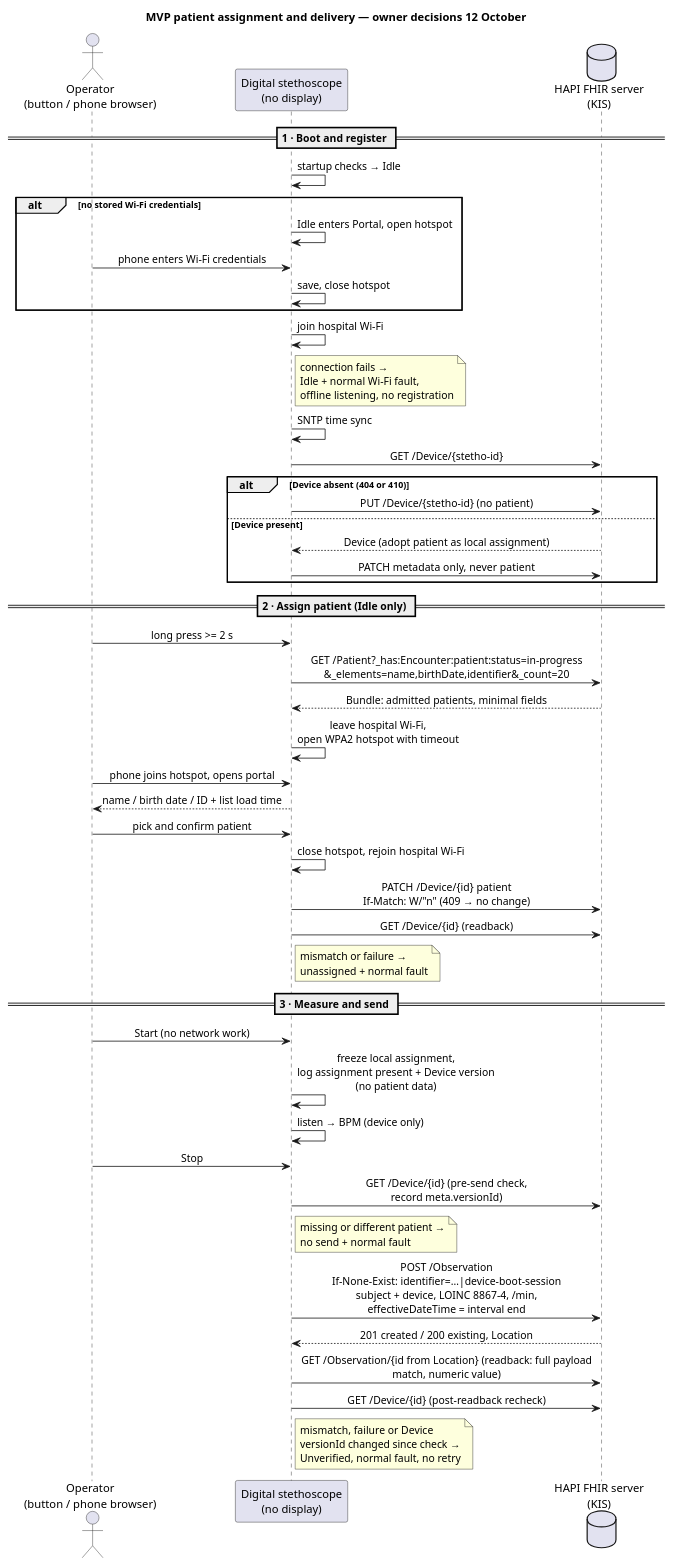
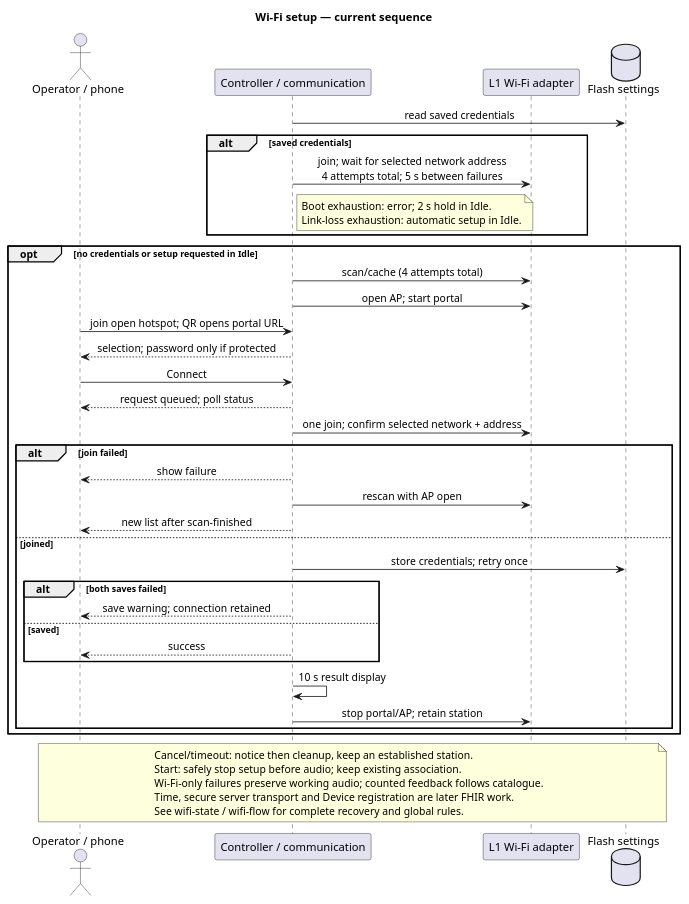
Before and after one commit to DemonicPsychoII/DigitalStethoscope: the diagram in Development/system/architecture/patient-assignment-workflow.puml, drawn with PlantUML. The commit also changed 90 other files, not shown here.

```diff
--- a/Development/system/architecture/patient-assignment-workflow.puml
+++ b/Development/system/architecture/patient-assignment-workflow.puml
@@ -1,53 +1,45 @@
 @startuml patient_assignment_workflow
 skinparam shadowing false
 skinparam defaultFontName SansSerif
 skinparam sequenceMessageAlign center
-title MVP patient assignment and delivery — owner decisions 12 October
-actor "Operator\n(button / phone browser)" as op
-participant "Digital stethoscope\n(no display)" as dev
-database "HAPI FHIR server\n(KIS)" as fhir
-
-== 1 · Boot and register ==
-dev -> dev : startup checks → Idle
-alt no stored Wi-Fi credentials
-  dev -> dev : Idle enters Portal, open hotspot
-  op -> dev : phone enters Wi-Fi credentials
-  dev -> dev : save, close hotspot
+title Wi-Fi setup — current sequence
+actor "Operator / phone" as op
+participant "Controller / communication" as dev
+participant "L1 Wi-Fi adapter" as wifi
+database "Flash settings" as flash
+dev -> flash : read saved credentials
+alt saved credentials
+ dev -> wifi : join; wait for selected network address\n4 attempts total; 5 s between failures
+ note right of dev : Boot exhaustion: error; 2 s hold in Idle.\nLink-loss exhaustion: automatic setup in Idle.
 end
-dev -> dev : join hospital Wi-Fi
-note right of dev : connection fails →\nIdle + normal Wi-Fi fault,\noffline listening, no registration
-dev -> dev : SNTP time sync
-dev -> fhir : GET /Device/{stetho-id}
-alt Device absent (404 or 410)
-  dev -> fhir : PUT /Device/{stetho-id} (no patient)
-else Device present
-  fhir --> dev : Device (adopt patient as local assignment)
-  dev -> fhir : PATCH metadata only, never patient
+opt no credentials or setup requested in Idle
+ dev -> wifi : scan/cache (4 attempts total)
+ dev -> wifi : open AP; start portal
+ op -> dev : join open hotspot; QR opens portal URL
+ dev --> op : selection; password only if protected
+ op -> dev : Connect
+ dev --> op : request queued; poll status
+ dev -> wifi : one join; confirm selected network + address
+ alt join failed
+  dev --> op : show failure
+  dev -> wifi : rescan with AP open
+  dev --> op : new list after scan-finished
+ else joined
+  dev -> flash : store credentials; retry once
+  alt both saves failed
+   dev --> op : save warning; connection retained
+  else saved
+   dev --> op : success
+  end
+  dev -> dev : 10 s result display
+  dev -> wifi : stop portal/AP; retain station
+ end
 end
-
-== 2 · Assign patient (Idle only) ==
-op -> dev : long press >= 2 s
-dev -> fhir : GET /Patient?_has:Encounter:patient:status=in-progress\n&_elements=name,birthDate,identifier&_count=20
-fhir --> dev : Bundle: admitted patients, minimal fields
-dev -> dev : leave hospital Wi-Fi,\nopen WPA2 hotspot with timeout
-op -> dev : phone joins hotspot, opens portal
-dev --> op : name / birth date / ID + list load time
-op -> dev : pick and confirm patient
-dev -> dev : close hotspot, rejoin hospital Wi-Fi
-dev -> fhir : PATCH /Device/{id} patient\nIf-Match: W/"n" (409 → no change)
-dev -> fhir : GET /Device/{id} (readback)
-note right of dev : mismatch or failure →\nunassigned + normal fault
-
-== 3 · Measure and send ==
-op -> dev : Start (no network work)
-dev -> dev : freeze local assignment,\nlog assignment present + Device version\n(no patient data)
-dev -> dev : listen → BPM (device only)
-op -> dev : Stop
-dev -> fhir : GET /Device/{id} (pre-send check,\nrecord meta.versionId)
-note right of dev : missing or different patient →\nno send + normal fault
-dev -> fhir : POST /Observation\nIf-None-Exist: identifier=…|device-boot-session\nsubject + device, LOINC 8867-4, /min,\neffectiveDateTime = interval end
-fhir --> dev : 201 created / 200 existing, Location
-dev -> fhir : GET /Observation/{id from Location} (readback: full payload\nmatch, numeric value)
-dev -> fhir : GET /Device/{id} (post-readback recheck)
-note right of dev : mismatch, failure or Device\nversionId changed since check →\nUnverified, normal fault, no retry
+note over op, flash
+ Cancel/timeout: notice then cleanup, keep an established station.
+ Start: safely stop setup before audio; keep existing association.
+ Wi-Fi-only failures preserve working audio; counted feedback follows catalogue.
+ Time, secure server transport and Device registration are later FHIR work.
+ See wifi-state / wifi-flow for complete recovery and global rules.
+end note
 @enduml
```
